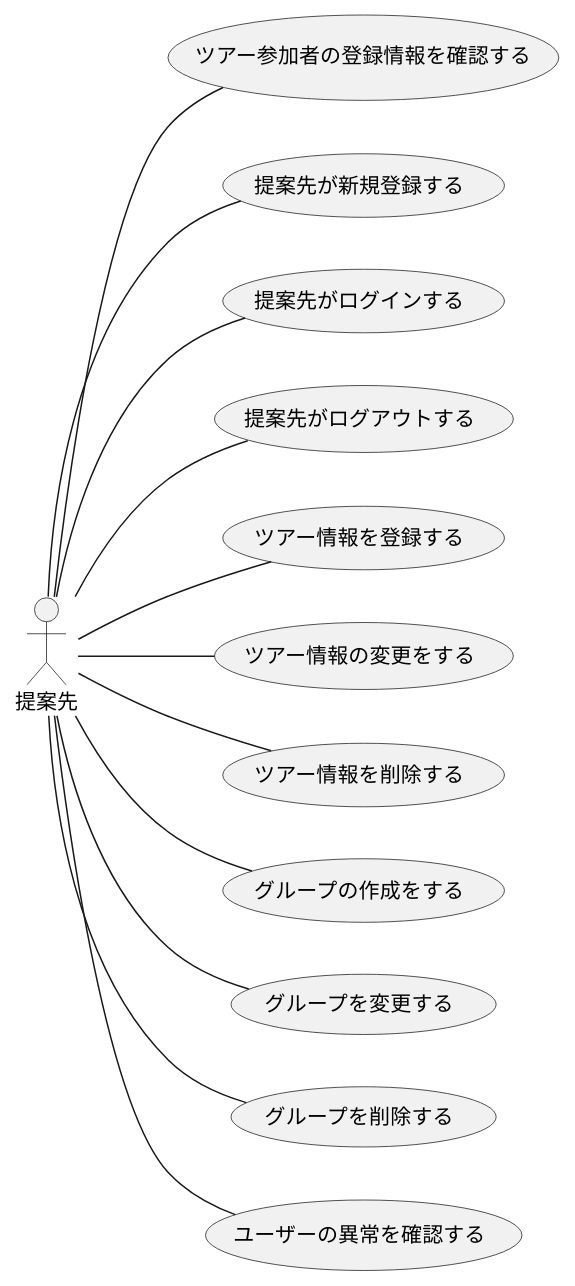
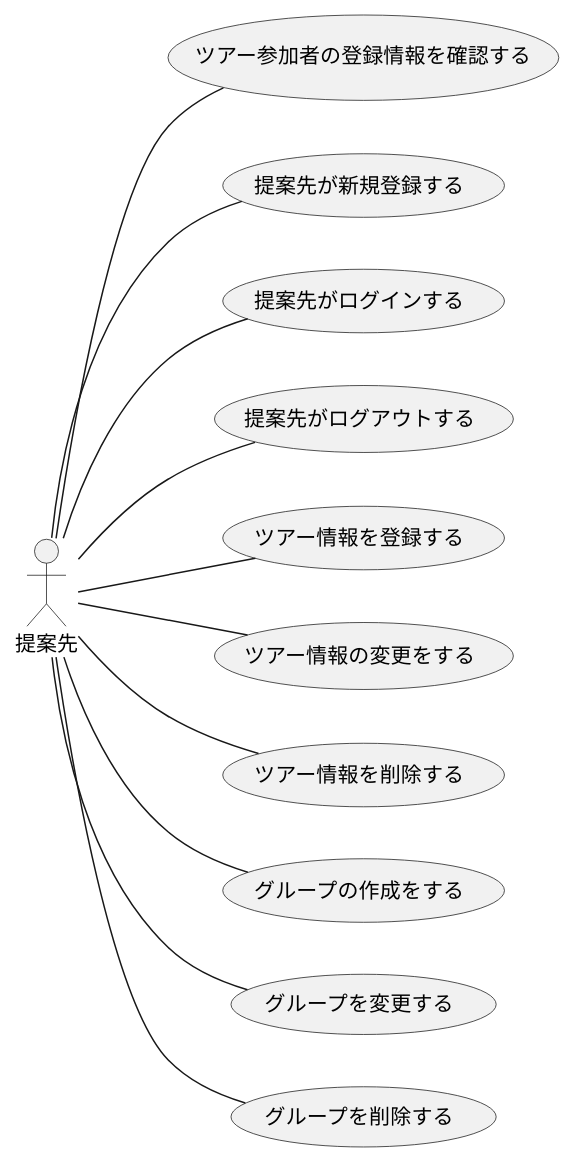
Before and after one commit to ksw2270227/GroupF: the diagram in F_usecase_client.plantuml, drawn with PlantUML. The commit also changed 1 other file, not shown here.

```diff
--- a/F_usecase_client.plantuml
+++ b/F_usecase_client.plantuml
@@ -1,18 +1,17 @@
 @startuml 提案先
 left to right direction
 actor 提案先
 
 提案先 -- (ツアー参加者の登録情報を確認する)
 提案先 -- (提案先が新規登録する)
 提案先 -- (提案先がログインする)
 提案先 -- (提案先がログアウトする)
 提案先 -- (ツアー情報を登録する)
 提案先 -- (ツアー情報の変更をする)
 提案先 -- (ツアー情報を削除する)
 提案先 -- (グループの作成をする)
 提案先 -- (グループを変更する)
 提案先 -- (グループを削除する)
 
-提案先 -- (ユーザーの異常を確認する)
 
 @enduml
```
